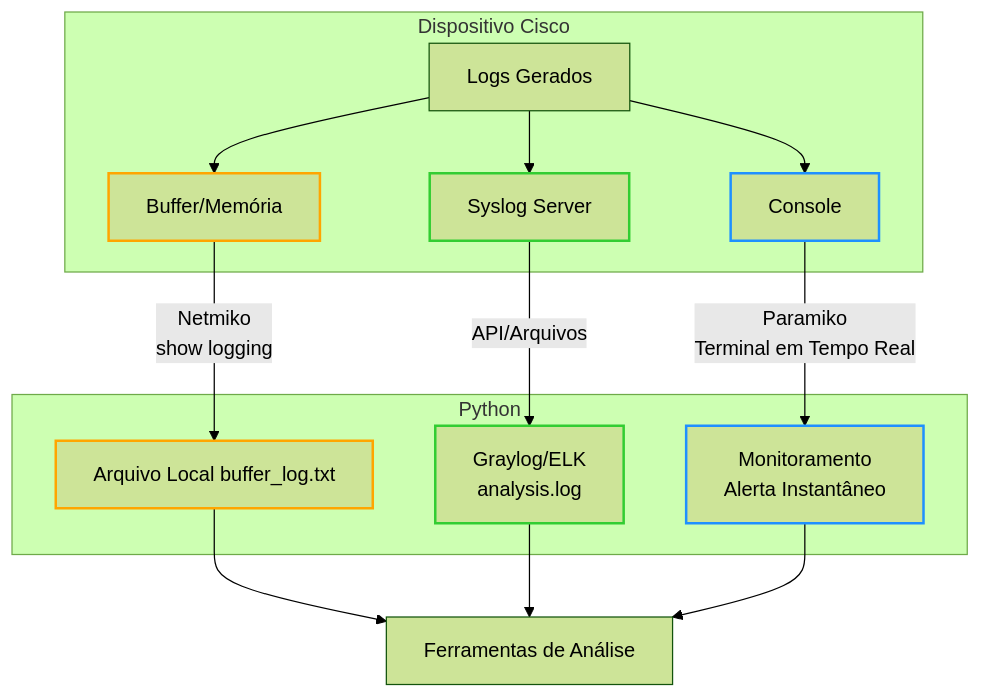
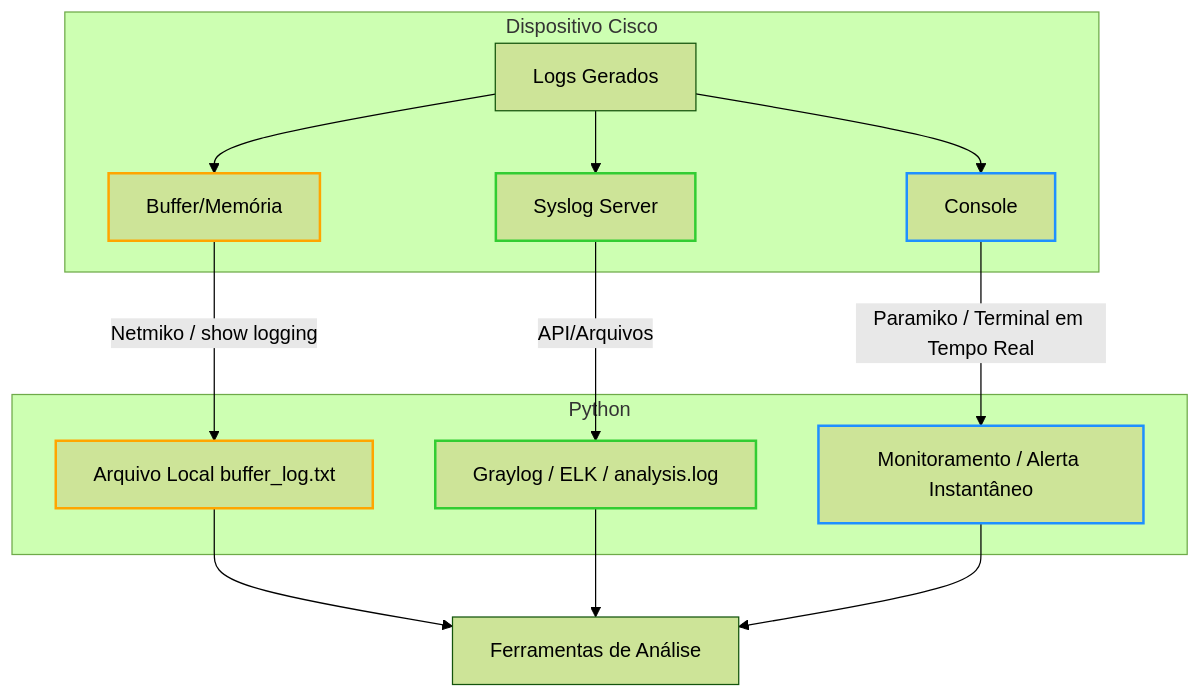
The second of 2 diagrams in CCNP 350-401 ENCOR/06 - Automation/17- Python - Basico 12 - Logging/README.md (alcancil/Cisco), drawn with Mermaid (forest theme) before and after one commit. The commit also changed other lines of this file, not shown here.

Commit message:
Alterado o arquivo README.md

````diff
--- a/CCNP 350-401 ENCOR/06 - Automation/17- Python - Basico 12 - Logging/README.md
+++ b/CCNP 350-401 ENCOR/06 - Automation/17- Python - Basico 12 - Logging/README.md
@@ -339,25 +345,25 @@
 ```mermaid
 graph TB
     subgraph Dispositivo Cisco
         A[Logs Gerados] --> B[Buffer/Memória]
         A --> C[Syslog Server]
         A --> D[Console]
     end
 
     subgraph Python
-        B -->|Netmiko\nshow logging| E[Arquivo Local buffer_log.txt]
-        C -->|API/Arquivos| F[Graylog/ELK\nanalysis.log]
-        D -->|Paramiko\nTerminal em Tempo Real| G[Monitoramento\nAlerta Instantâneo]
+        B -->|Netmiko / show logging| E[Arquivo Local buffer_log.txt]
+        C -->|API/Arquivos| F[Graylog / ELK / analysis.log]
+        D -->|Paramiko / Terminal em Tempo Real| G[Monitoramento / Alerta Instantâneo]
     end
 
     E --> H[Ferramentas de Análise]
     F --> H
     G --> H
 
     style B stroke:#FFA500,stroke-width:2px
     style C stroke:#32CD32,stroke-width:2px
     style D stroke:#1E90FF,stroke-width:2px
     style E stroke:#FFA500,stroke-width:2px
     style F stroke:#32CD32,stroke-width:2px
     style G stroke:#1E90FF,stroke-width:2px
 ```
````
